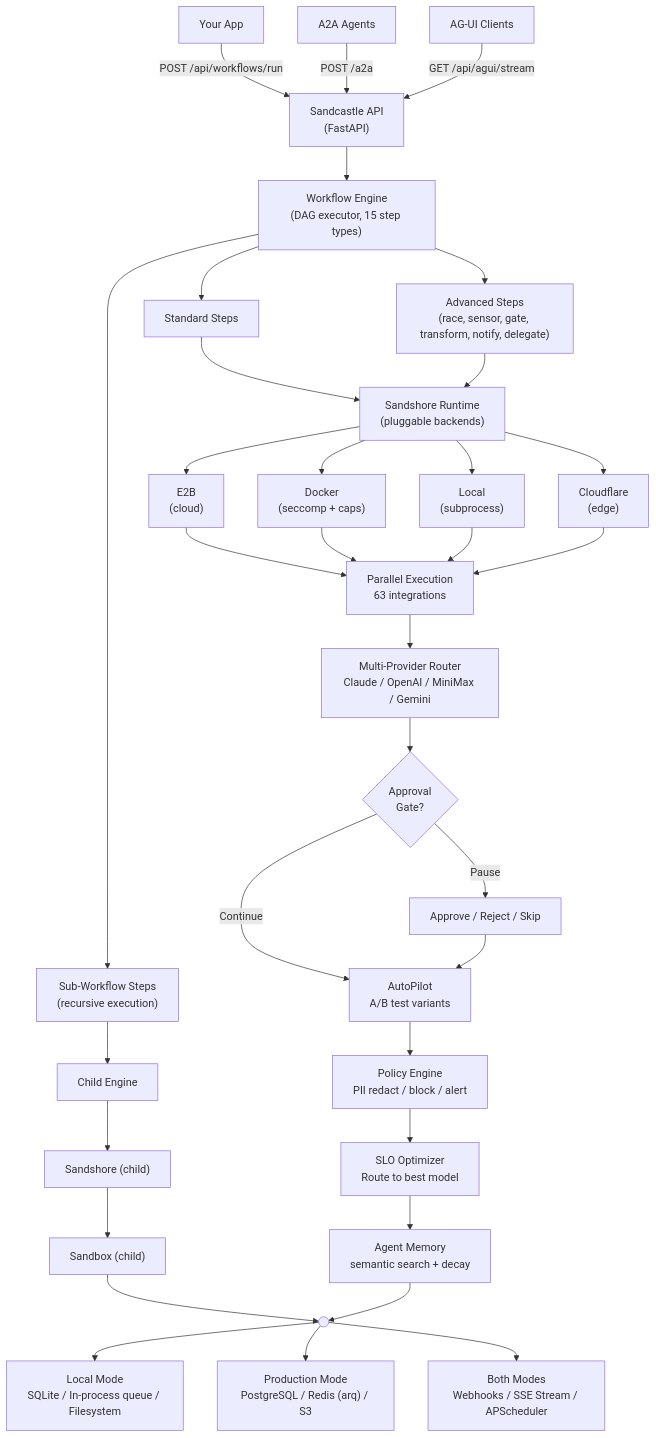
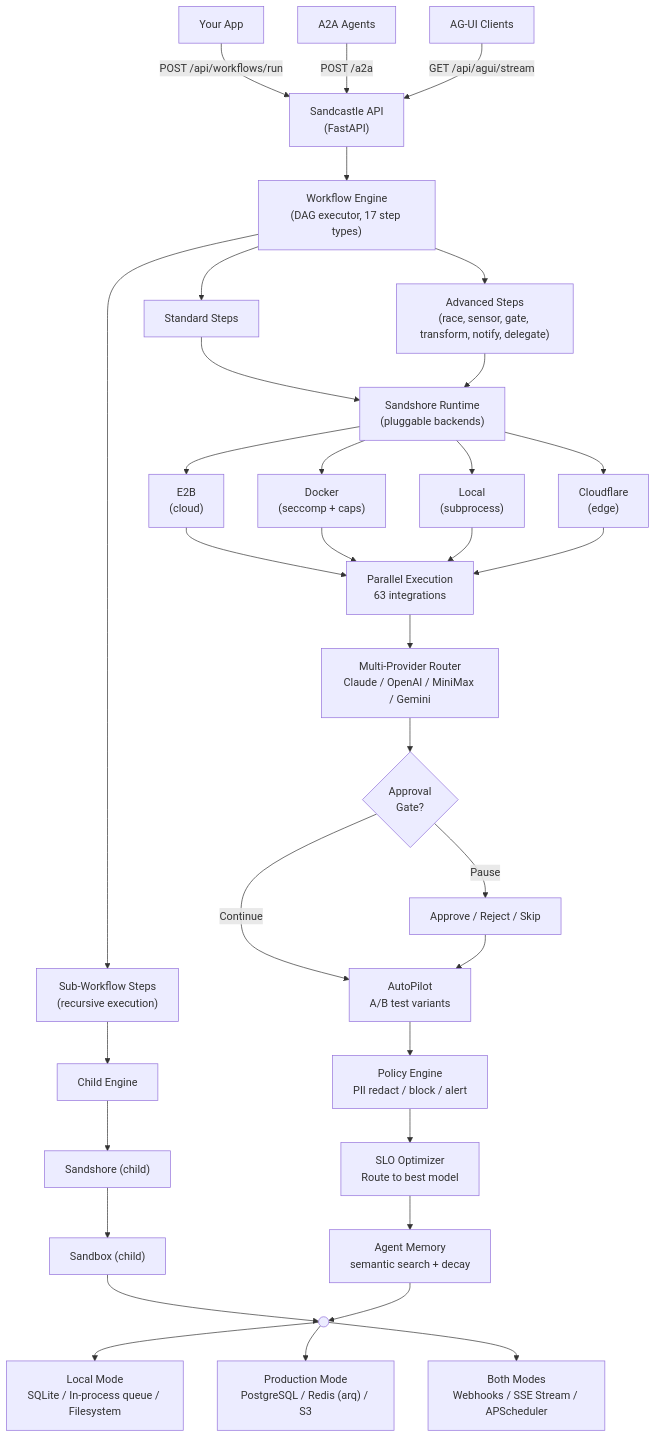
The second of 2 diagrams in README.md (gizmax/Sandcastle), drawn with Mermaid before and after one commit. The commit also changed other lines of this file and 6 other files, not shown here.

````diff
--- a/README.md
+++ b/README.md
@@ -1869,47 +1896,47 @@
 ```mermaid
 flowchart TD
     App["Your App"] -->|"POST /api/workflows/run"| API["Sandcastle API\n(FastAPI)"]
     A2A["A2A Agents"] -->|"POST /a2a"| API
     AGUI["AG-UI Clients"] -->|"GET /api/agui/stream"| API
 
-    API --> Engine["Workflow Engine\n(DAG executor, 15 step types)"]
+    API --> Engine["Workflow Engine\n(DAG executor, 17 step types)"]
 
     Engine --> Standard["Standard Steps"]
     Engine --> Sub["Sub-Workflow Steps\n(recursive execution)"]
     Engine --> Advanced["Advanced Steps\n(race, sensor, gate, transform, notify, delegate)"]
 
     Standard --> Sandshore["Sandshore Runtime\n(pluggable backends)"]
     Sub --> Child["Child Engine"]
     Advanced --> Sandshore
     Child --> SandshoreChild["Sandshore (child)"]
 
     Sandshore --> E2B["E2B\n(cloud)"]
     Sandshore --> Docker["Docker\n(seccomp + caps)"]
     Sandshore --> Local["Local\n(subprocess)"]
     Sandshore --> CF["Cloudflare\n(edge)"]
     SandshoreChild --> E2B2["Sandbox (child)"]
 
     E2B --> Execution
     Docker --> Execution
     Local --> Execution
     CF --> Execution
     E2B2 --> Merge
 
     Execution["Parallel Execution\n63 integrations"] --> Provider["Multi-Provider Router\nClaude / OpenAI / MiniMax / Gemini"]
 
     Provider --> Gate{"Approval\nGate?"}
 
     Gate -->|"Pause"| Review["Approve / Reject / Skip"]
     Gate -->|"Continue"| AutoPilot
 
     Review --> AutoPilot["AutoPilot\nA/B test variants"]
     AutoPilot --> Policy["Policy Engine\nPII redact / block / alert"]
     Policy --> Optimizer["SLO Optimizer\nRoute to best model"]
     Optimizer --> Memory["Agent Memory\nsemantic search + decay"]
 
     Memory --> Merge((" "))
 
     Merge --> LocalMode["Local Mode\nSQLite / In-process queue / Filesystem"]
     Merge --> ProdMode["Production Mode\nPostgreSQL / Redis (arq) / S3"]
     Merge --> BothModes["Both Modes\nWebhooks / SSE Stream / APScheduler"]
 ```
````
